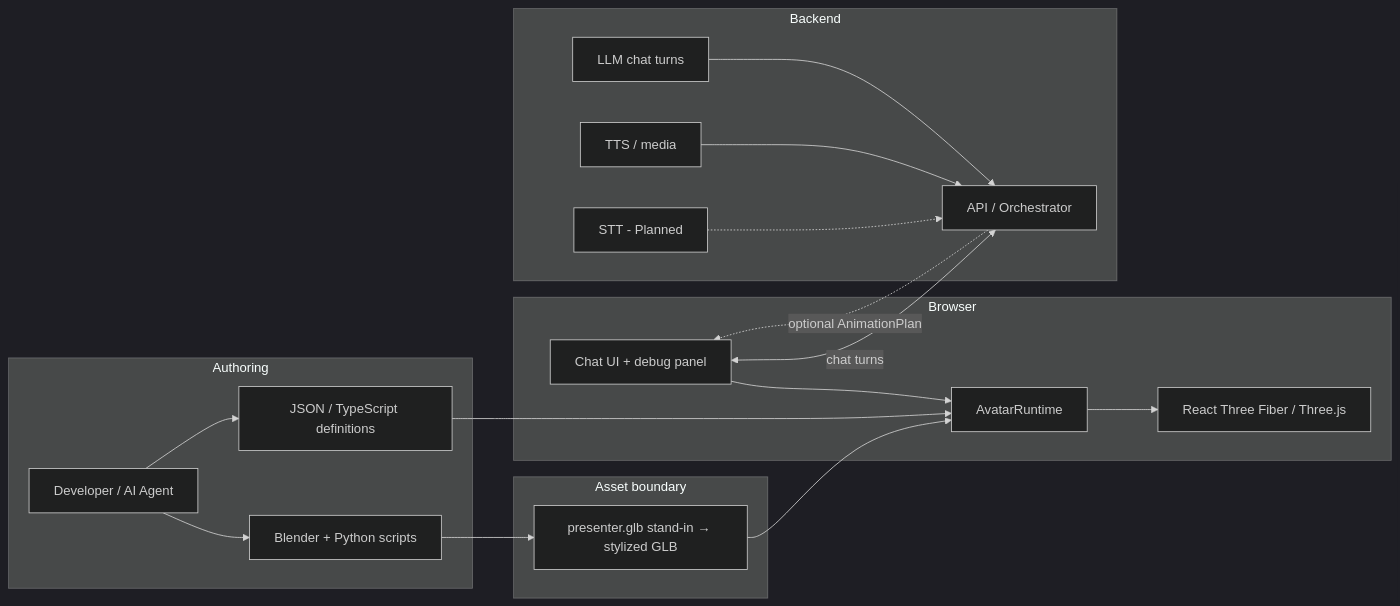
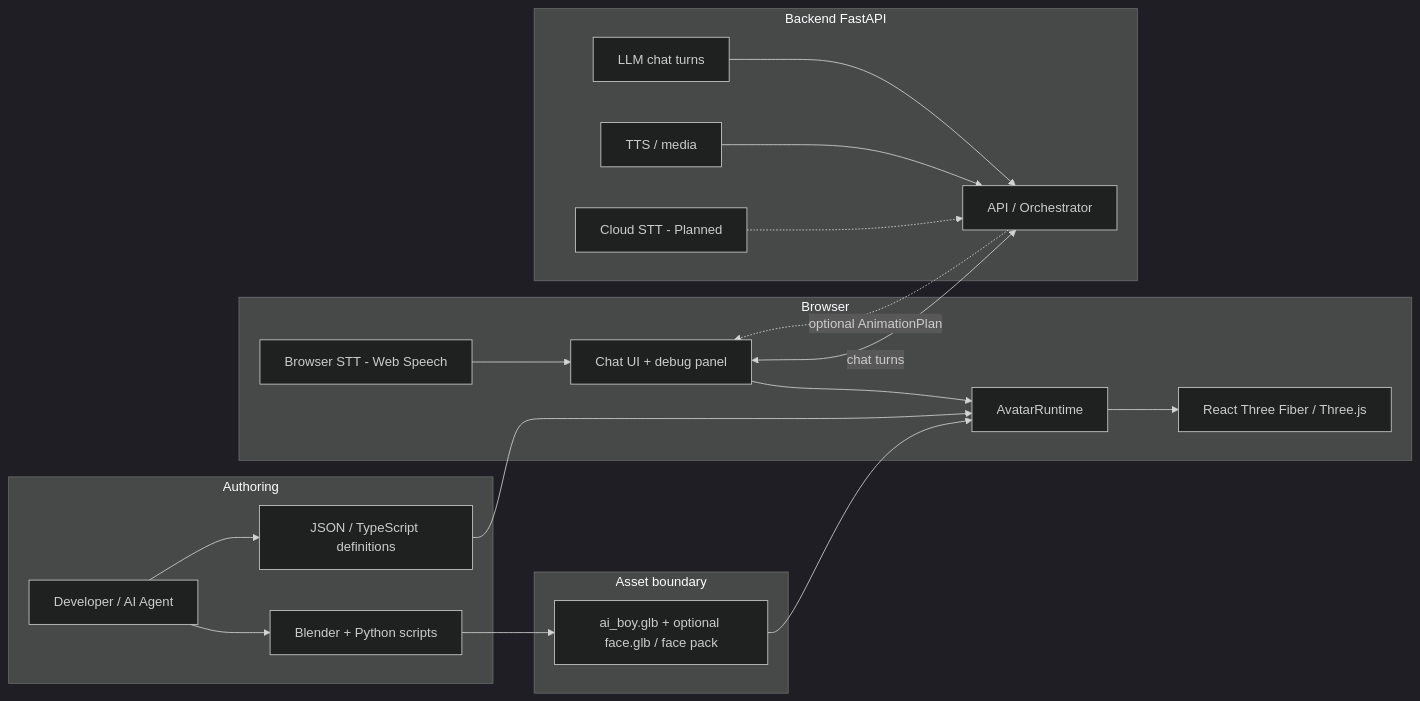
The first of 7 diagrams in docs/Overall_Architecture.md (HowardHarrison/3D_AI_Avatar), drawn with Mermaid (dark theme) before and after one commit. The commit also changed other lines of this file and 7 other files, not shown here.

Commit message:
[Edit & Add] architecture file in the project

````diff
--- a/docs/Overall_Architecture.md
+++ b/docs/Overall_Architecture.md
@@ -47,38 +48,40 @@
 ```mermaid
 flowchart LR
   subgraph Authors["Authoring"]
     DEV[Developer / AI Agent]
     BL[Blender + Python scripts]
     DEF[JSON / TypeScript definitions]
   end
 
   subgraph Assets["Asset boundary"]
-    GLB["presenter.glb stand-in → stylized GLB"]
+    GLB["ai_boy.glb + optional face.glb / face pack"]
   end
 
   subgraph Runtime["Browser"]
     UI[Chat UI + debug panel]
+    STT_B[Browser STT - Web Speech]
     RT[AvatarRuntime]
     R3F[React Three Fiber / Three.js]
   end
 
-  subgraph Backend["Backend"]
+  subgraph Backend["Backend FastAPI"]
     API[API / Orchestrator]
     LLM[LLM chat turns]
     TTS[TTS / media]
-    STT[STT - Planned]
+    STT_C[Cloud STT - Planned]
   end
 
   DEV --> BL
   DEV --> DEF
   BL --> GLB
   DEF --> RT
   GLB --> RT
   UI --> RT
+  STT_B --> UI
   RT --> R3F
   UI <-->|chat turns| API
   LLM --> API
   TTS --> API
-  STT -.-> API
+  STT_C -.-> API
   API -.->|optional AnimationPlan| UI
 ```
````
